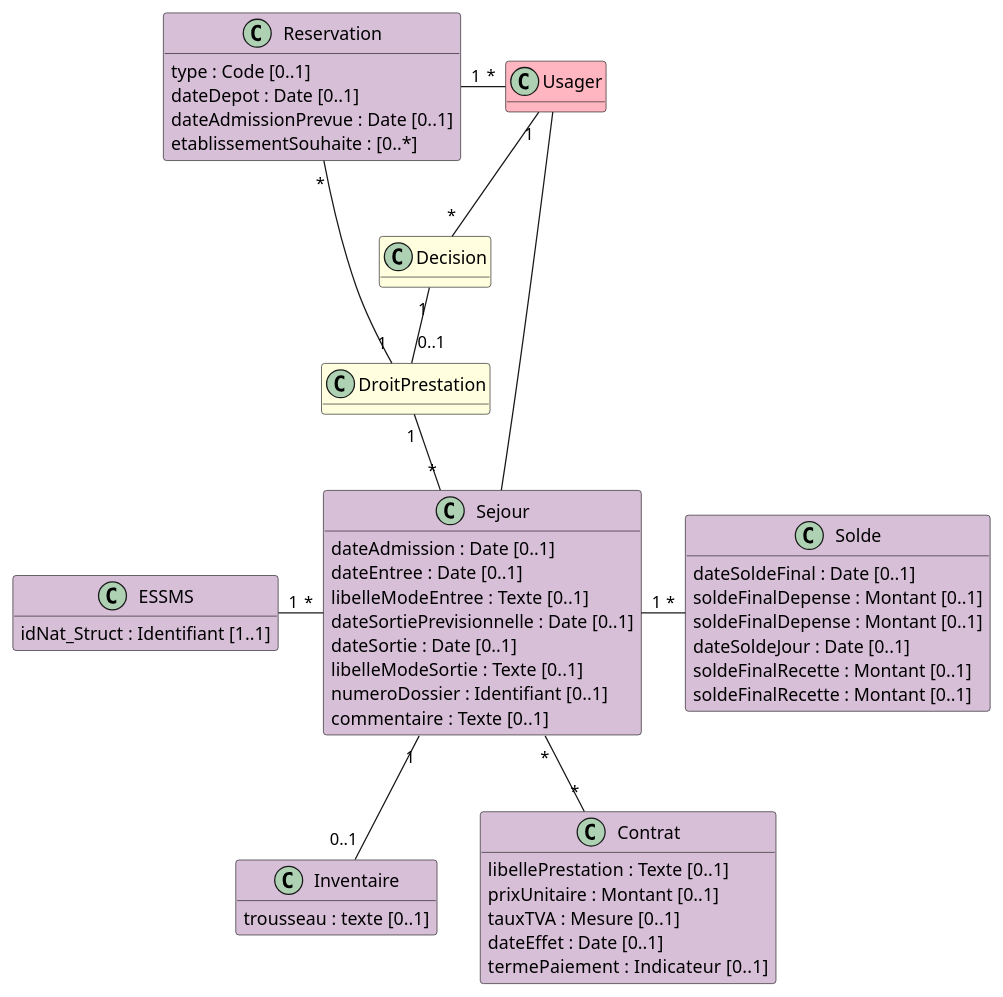
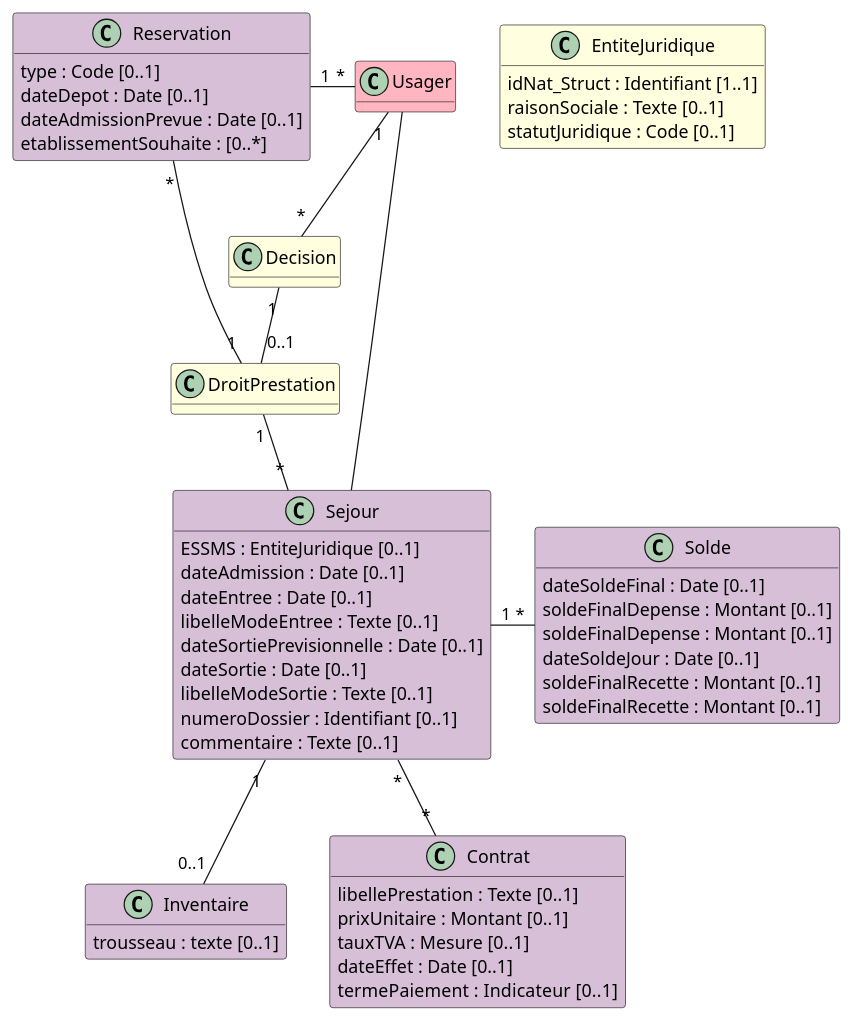
One commit to ansforge/IG-fhir-transfert-donnees-dui-esms changed the diagram in input/images-source/bloc_sejours.plantuml. Above: the diagram before and after it, drawn with PlantUML.

```diff
--- a/input/images-source/bloc_sejours.plantuml
+++ b/input/images-source/bloc_sejours.plantuml
@@ -1,66 +1,67 @@
 @startuml
 
 hide empty methods
 
 class Usager #LightPink
 
 class Decision #LightYellow
 
 class DroitPrestation #LightYellow
 
 class Reservation #Thistle {
     type : Code [0..1]
     dateDepot : Date [0..1]
     dateAdmissionPrevue : Date [0..1]
     etablissementSouhaite : [0..*]
 }
 
 class Sejour #Thistle {
+    ESSMS : EntiteJuridique [0..1]
     dateAdmission : Date [0..1]
     dateEntree : Date [0..1]
     libelleModeEntree : Texte [0..1]
     dateSortiePrevisionnelle : Date [0..1]
     dateSortie : Date [0..1]
     libelleModeSortie : Texte [0..1]
     numeroDossier : Identifiant [0..1]
-    commentaire : Texte [0..1]
-    
+    commentaire : Texte [0..1] 
 }
 
-class ESSMS #Thistle {
+class EntiteJuridique #LightYellow {
     idNat_Struct : Identifiant [1..1]
+    raisonSociale : Texte [0..1]
+    statutJuridique : Code [0..1]
 }
 
 class Inventaire #Thistle { 
     trousseau : texte [0..1]
 }
 
 class Solde #Thistle {
     dateSoldeFinal : Date [0..1]
     soldeFinalDepense : Montant [0..1]
     soldeFinalDepense : Montant [0..1]
     dateSoldeJour : Date [0..1]
     soldeFinalRecette : Montant [0..1]
     soldeFinalRecette : Montant [0..1]
 }
 
 class Contrat #Thistle {
     libellePrestation : Texte [0..1]
     prixUnitaire : Montant [0..1]
     tauxTVA : Mesure [0..1]
     dateEffet : Date [0..1]
     termePaiement : Indicateur  [0..1]
 }
 
 Usager "1" -- "*" Decision
 Decision "1" -- "0..1" DroitPrestation
 Reservation "*" - "1" DroitPrestation
 Reservation "1" - "*" Usager
 DroitPrestation "1" -- "*" Sejour
-ESSMS "1" - "*" Sejour 
 Sejour "1" -- "0..1" Inventaire
 Sejour "1" - "*" Solde
 Sejour "*" -- "*" Contrat
 Usager - Sejour
 
 @enduml
```
